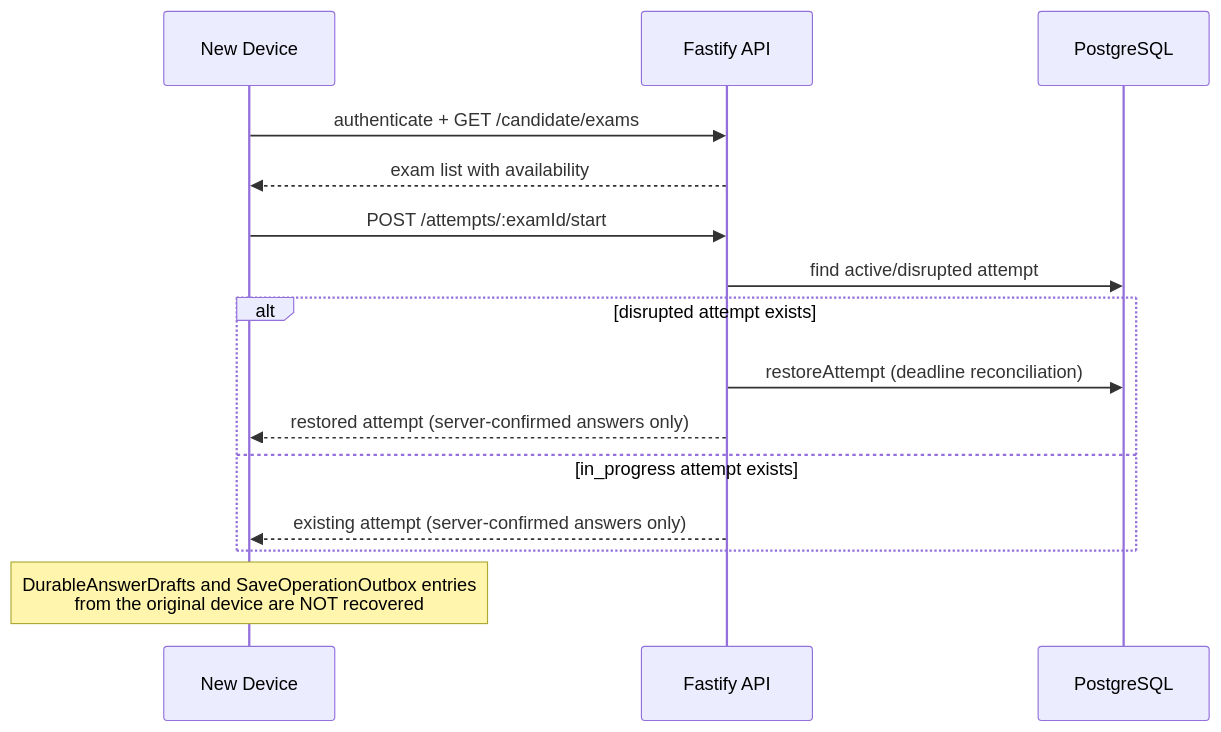
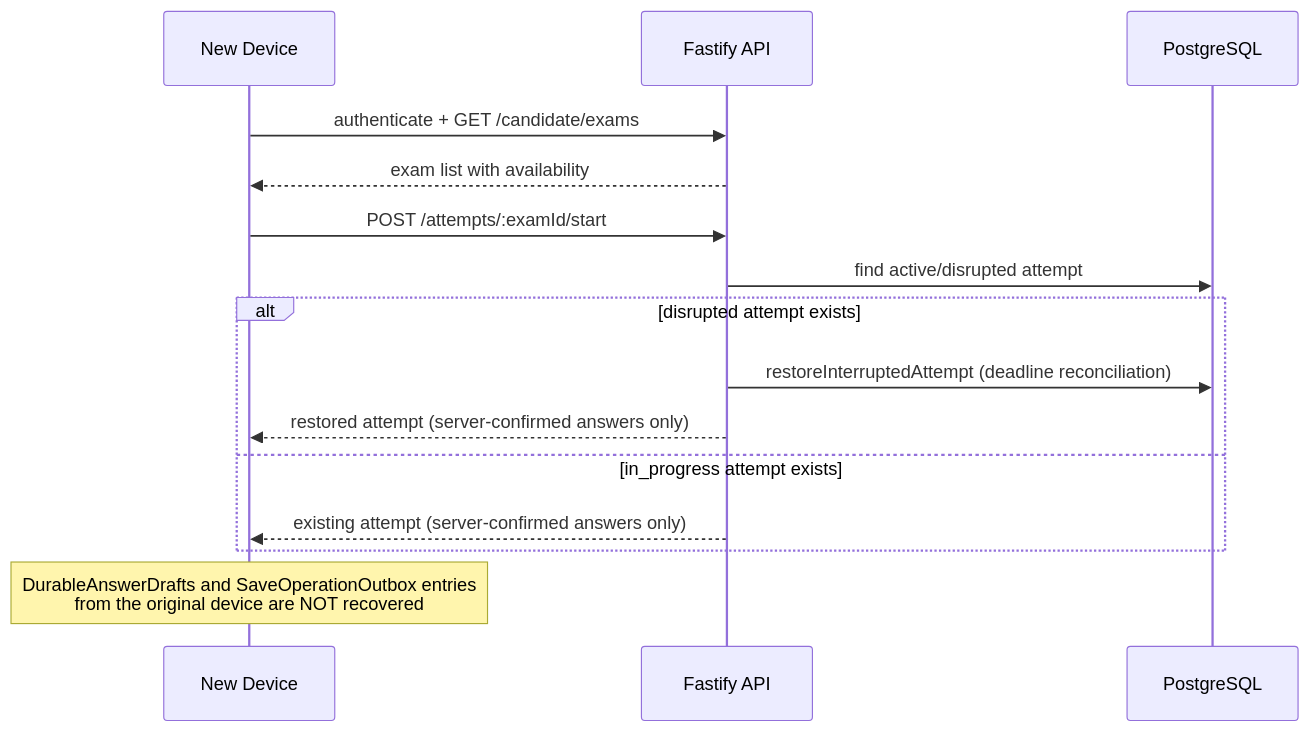
The fourth of 9 diagrams in docs/architecture/exam-system/candidate-recovery.md (jnhu76/exam), drawn with Mermaid before and after one commit. The commit also changed other lines of this file and 16 other files, not shown here.

````diff
--- a/docs/architecture/exam-system/candidate-recovery.md
+++ b/docs/architecture/exam-system/candidate-recovery.md
@@ -143,18 +143,18 @@
 ```mermaid
 sequenceDiagram
     participant New as New Device
     participant API as Fastify API
     participant DB as PostgreSQL
 
     New->>API: authenticate + GET /candidate/exams
     API-->>New: exam list with availability
     New->>API: POST /attempts/:examId/start
     API->>DB: find active/disrupted attempt
     alt disrupted attempt exists
-        API->>DB: restoreAttempt (deadline reconciliation)
+        API->>DB: restoreInterruptedAttempt (deadline reconciliation)
         API-->>New: restored attempt (server-confirmed answers only)
     else in_progress attempt exists
         API-->>New: existing attempt (server-confirmed answers only)
     end
     Note over New: DurableAnswerDrafts and SaveOperationOutbox entries<br/>from the original device are NOT recovered
 ```
````
